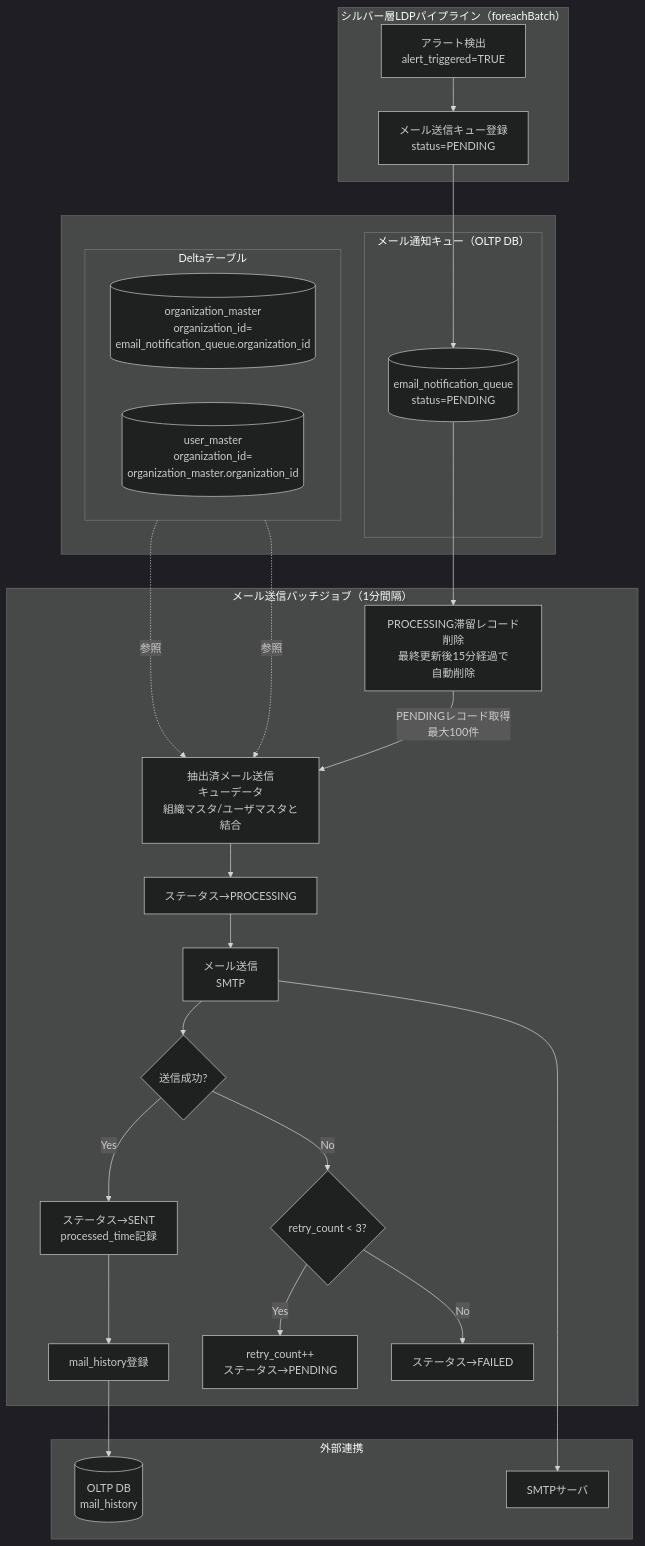
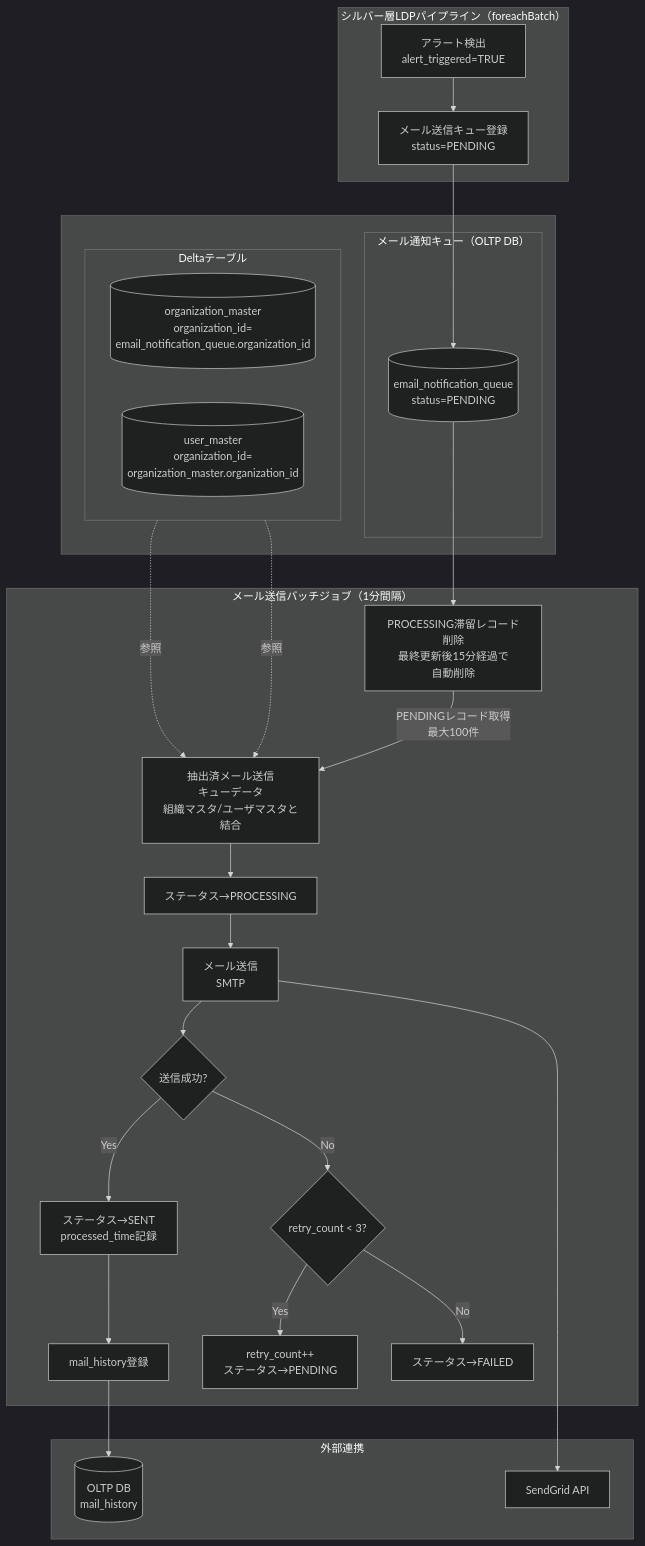
The first of 2 diagrams in docs/03-features/batch/scheduled-email-job/README.md (NSW-SVCP-AIWG002/Databricks-IoT), drawn with Mermaid (dark theme) before and after one commit. The commit also changed other lines of this file and 1 other file, not shown here.

````diff
--- a/docs/03-features/batch/scheduled-email-job/README.md
+++ b/docs/03-features/batch/scheduled-email-job/README.md
@@ -139,55 +139,55 @@
 ```mermaid
 flowchart TB
     subgraph Silver["シルバー層LDPパイプライン（foreachBatch）"]
         AlertDetect[アラート検出<br>alert_triggered=TRUE]
         QueueInsert[メール送信キュー登録<br>status=PENDING]
         AlertDetect --> QueueInsert
     end
 
     subgraph  
         subgraph Queue["メール通知キュー（OLTP DB）"]
             PendingRecord[(email_notification_queue<br>status=PENDING)]
             QueueInsert --> PendingRecord
         end
 
         subgraph DLTTBL["Deltaテーブル"]
             direction LR
             OrganizationMaster[(organization_master<br>organization_id=<br>email_notification_queue.organization_id)]
             UserMaster[(user_master<br>organization_id=<br>organization_master.organization_id)]
         end
     end
 
     subgraph Batch["メール送信バッチジョブ（1分間隔）"]
         Recovery[PROCESSING滞留レコード削除<br>最終更新後15分経過で<br>自動削除]
         Fetch[抽出済メール送信<br>キューデータ<br>組織マスタ/ユーザマスタと結合]
         UpdateProcessing[ステータス→PROCESSING]
         SendEmail[メール送信<br>SMTP]
         Success{送信成功?}
         UpdateSent[ステータス→SENT<br>processed_time記録]
         CheckRetry{retry_count < 3?}
         UpdatePending[retry_count++<br>ステータス→PENDING]
         UpdateFailed[ステータス→FAILED]
         RecordHistory[mail_history登録]
 
         Recovery -->|PENDINGレコード取得<br>最大100件| Fetch
         Fetch --> UpdateProcessing
         UpdateProcessing --> SendEmail
         SendEmail --> Success
         Success -->|Yes| UpdateSent
         Success -->|No| CheckRetry
         CheckRetry -->|Yes| UpdatePending
         CheckRetry -->|No| UpdateFailed
         UpdateSent --> RecordHistory
     end
 
     subgraph External["外部連携"]
-        SMTP[SMTPサーバ]
+        SendGrid[SendGrid API]
         MailHistory[(OLTP DB<br>mail_history)]
-        SendEmail --> SMTP
+        SendEmail --> SendGrid
         RecordHistory --> MailHistory
     end
 
     PendingRecord --> Recovery
     OrganizationMaster -.->|参照| Fetch
     UserMaster -.->|参照| Fetch
 ```
````
